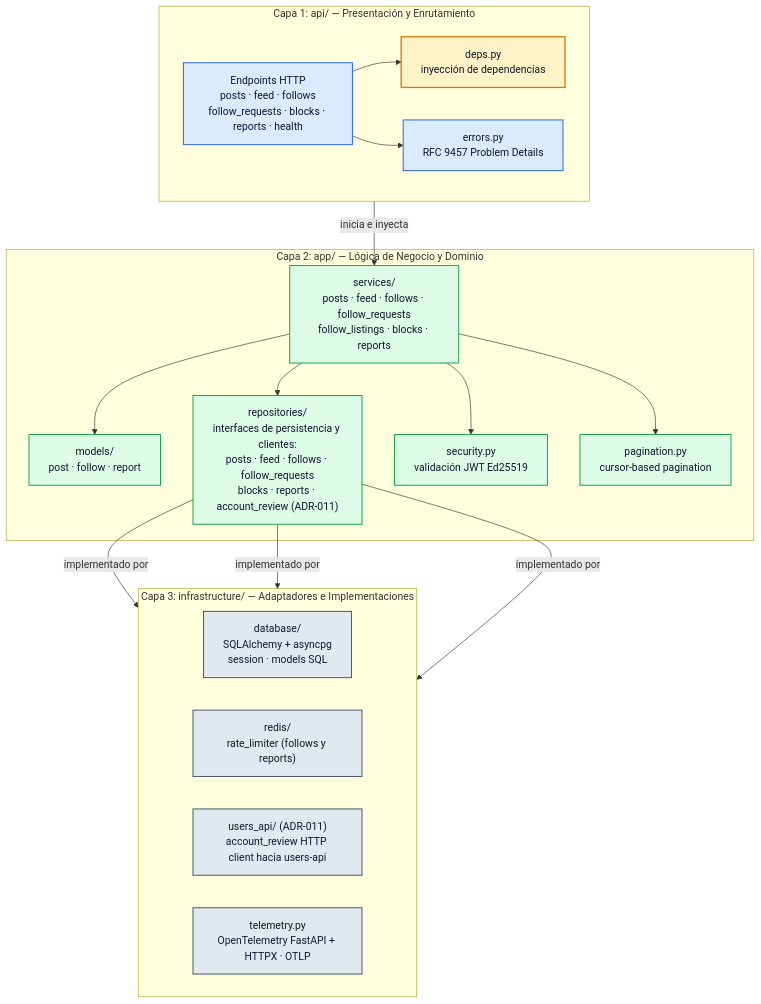
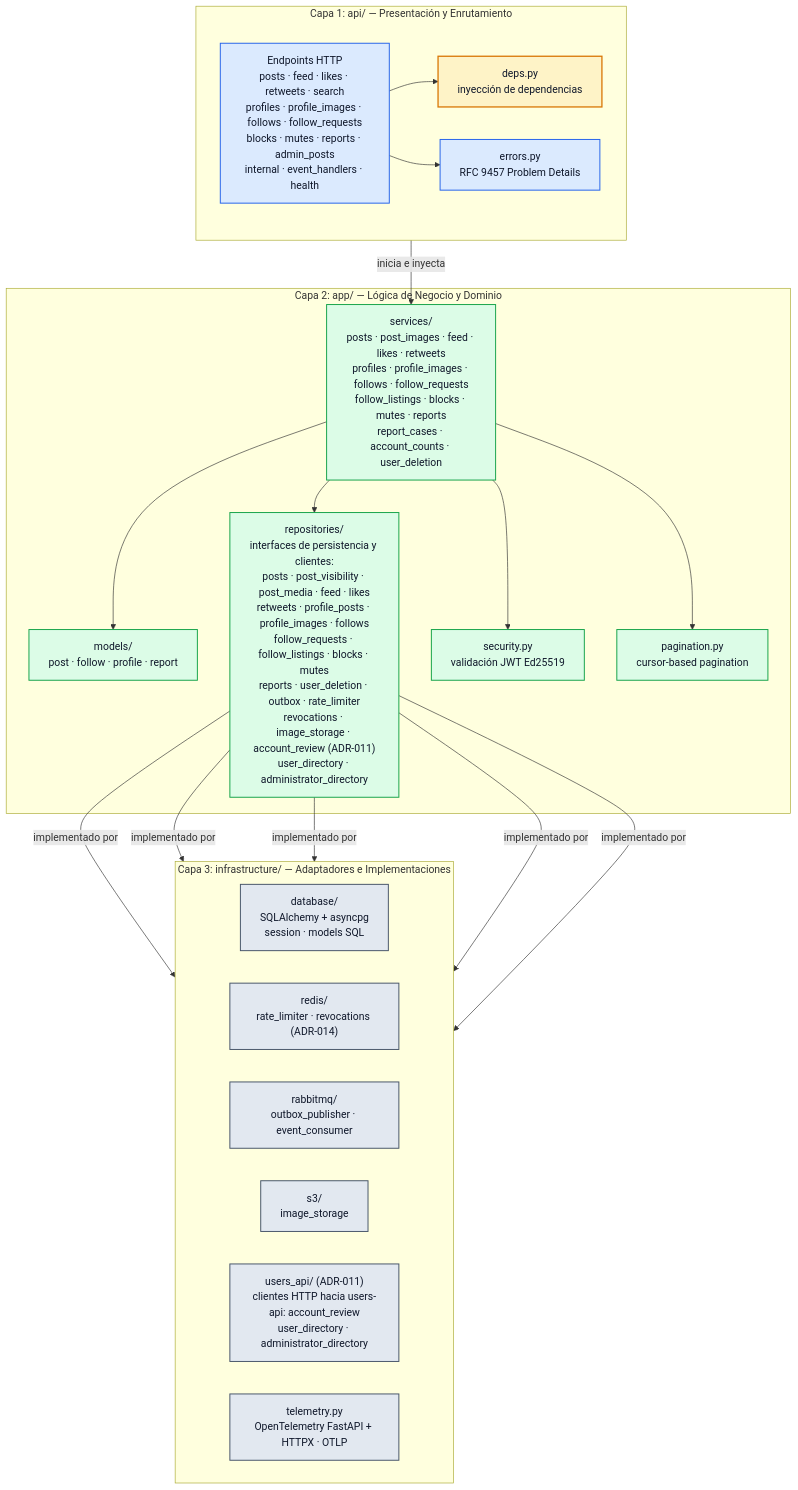
The fourth of 4 diagrams in docs/C4.md (tds-g3-2s2026/udesa-x-platform), drawn with Mermaid before and after one commit. The commit also changed other lines of this file and 5 other files, not shown here.

````diff
--- a/docs/C4.md
+++ b/docs/C4.md
@@ -252,45 +279,49 @@
 ```mermaid
 flowchart TB
     subgraph api["Capa 1: api/ — Presentación y Enrutamiento"]
         direction LR
-        ENDPOINTS["Endpoints HTTP<br/>posts · feed · follows<br/>follow_requests · blocks · reports · health"]
+        ENDPOINTS["Endpoints HTTP<br/>posts · feed · likes · retweets · search<br/>profiles · profile_images · follows · follow_requests<br/>blocks · mutes · reports · admin_posts<br/>internal · event_handlers · health"]
         DEPS["deps.py<br/>inyección de dependencias"]
         ERRORS["errors.py<br/>RFC 9457 Problem Details"]
         ENDPOINTS --> DEPS
         ENDPOINTS --> ERRORS
     end
 
     subgraph app["Capa 2: app/ — Lógica de Negocio y Dominio"]
-        SERVICES["services/<br/>posts · feed · follows · follow_requests<br/>follow_listings · blocks · reports"]
-        MODELS["models/<br/>post · follow · report"]
-        REPOS["repositories/<br/>interfaces de persistencia y clientes:<br/>posts · feed · follows · follow_requests<br/>blocks · reports · account_review (ADR-011)"]
+        SERVICES["services/<br/>posts · post_images · feed · likes · retweets<br/>profiles · profile_images · follows · follow_requests<br/>follow_listings · blocks · mutes · reports<br/>report_cases · account_counts · user_deletion"]
+        MODELS["models/<br/>post · follow · profile · report"]
+        REPOS["repositories/<br/>interfaces de persistencia y clientes:<br/>posts · post_visibility · post_media · feed · likes<br/>retweets · profile_posts · profile_images · follows<br/>follow_requests · follow_listings · blocks · mutes<br/>reports · user_deletion · outbox · rate_limiter<br/>revocations · image_storage · account_review (ADR-011)<br/>user_directory · administrator_directory"]
         SEC["security.py<br/>validación JWT Ed25519"]
         PAG["pagination.py<br/>cursor-based pagination"]
         SERVICES --> MODELS
         SERVICES --> SEC
         SERVICES --> PAG
         SERVICES --> REPOS
     end
 
     subgraph infra["Capa 3: infrastructure/ — Adaptadores e Implementaciones"]
         direction LR
         DB["database/<br/>SQLAlchemy + asyncpg<br/>session · models SQL"]
-        REDIS_INFRA["redis/<br/>rate_limiter (follows y reports)"]
-        USERS_CLIENT["users_api/ (ADR-011)<br/>account_review HTTP client hacia users-api"]
+        REDIS_INFRA["redis/<br/>rate_limiter · revocations (ADR-014)"]
+        RABBIT["rabbitmq/<br/>outbox_publisher · event_consumer"]
+        S3_INFRA["s3/<br/>image_storage"]
+        USERS_CLIENT["users_api/ (ADR-011)<br/>clientes HTTP hacia users-api: account_review<br/>user_directory · administrator_directory"]
         TELEMETRY["telemetry.py<br/>OpenTelemetry FastAPI + HTTPX · OTLP"]
     end
 
     DEPS -->|"inicia e inyecta"| SERVICES
     REPOS -->|"implementado por"| DB
     REPOS -->|"implementado por"| REDIS_INFRA
+    REPOS -->|"implementado por"| RABBIT
+    REPOS -->|"implementado por"| S3_INFRA
     REPOS -->|"implementado por"| USERS_CLIENT
 
     classDef capaApi fill:#dbeafe,stroke:#2563eb,stroke-width:1.5px,color:#0f172a
     classDef capaApp fill:#dcfce7,stroke:#16a34a,stroke-width:1.5px,color:#0f172a
     classDef capaInfra fill:#e2e8f0,stroke:#475569,stroke-width:1.5px,color:#0f172a
     classDef costura fill:#fef3c7,stroke:#d97706,stroke-width:2px,color:#0f172a
     class ENDPOINTS,ERRORS capaApi
     class MODELS,REPOS,SERVICES,SEC,PAG capaApp
-    class DB,REDIS_INFRA,USERS_CLIENT,TELEMETRY capaInfra
+    class DB,REDIS_INFRA,RABBIT,S3_INFRA,USERS_CLIENT,TELEMETRY capaInfra
     class DEPS costura
 ```
````
